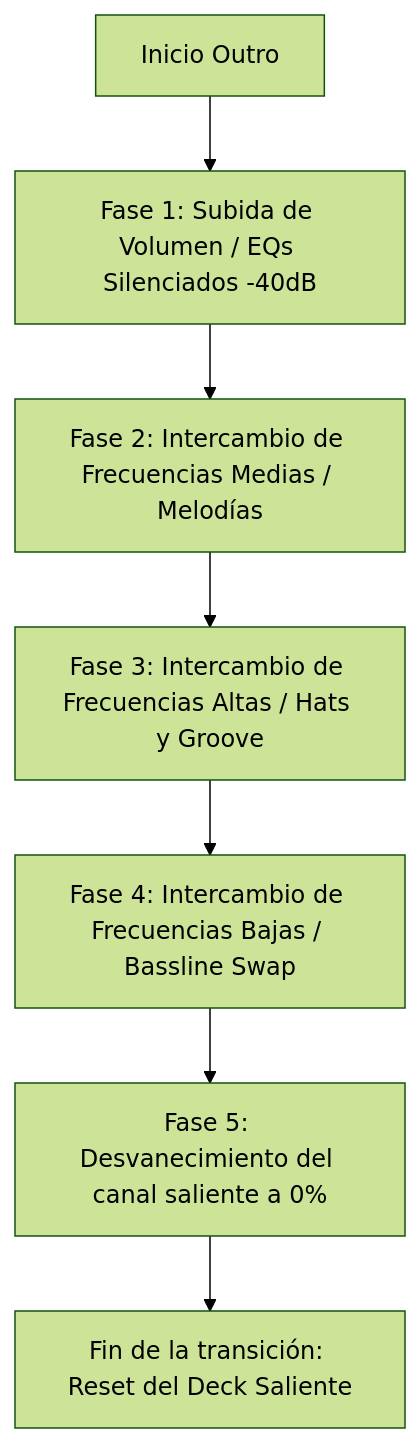
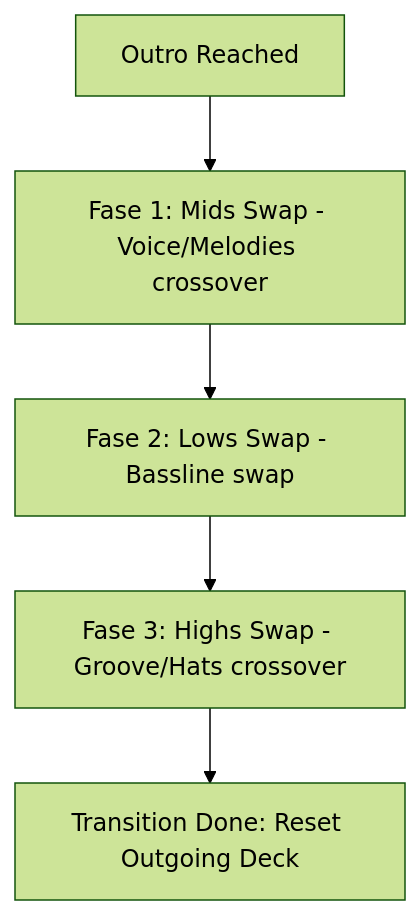
One commit to hector-horta/AuraMix changed the diagram in README.md. Above: the diagram before and after it, drawn with Mermaid (forest theme). The commit also changed other lines of this file and 22 other files, not shown here.

````diff
--- a/README.md
+++ b/README.md
@@ -112,9 +114,7 @@
 ```mermaid
 graph TD
-    A[Inicio Outro] --> B[Fase 1: Subida de Volumen / EQs Silenciados -40dB]
-    B --> C[Fase 2: Intercambio de Frecuencias Medias / Melodías]
-    C --> D[Fase 3: Intercambio de Frecuencias Altas / Hats y Groove]
-    D --> E[Fase 4: Intercambio de Frecuencias Bajas / Bassline Swap]
-    E --> F[Fase 5: Desvanecimiento del canal saliente a 0%]
-    F --> G[Fin de la transición: Reset del Deck Saliente]
+    A[Outro Reached] --> B[Fase 1: Mids Swap - Voice/Melodies crossover]
+    B --> C[Fase 2: Lows Swap - Bassline swap]
+    C --> D[Fase 3: Highs Swap - Groove/Hats crossover]
+    D --> E[Transition Done: Reset Outgoing Deck]
 ```
````
